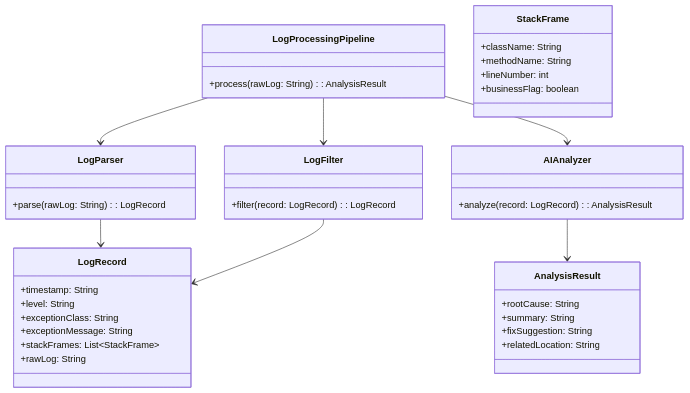
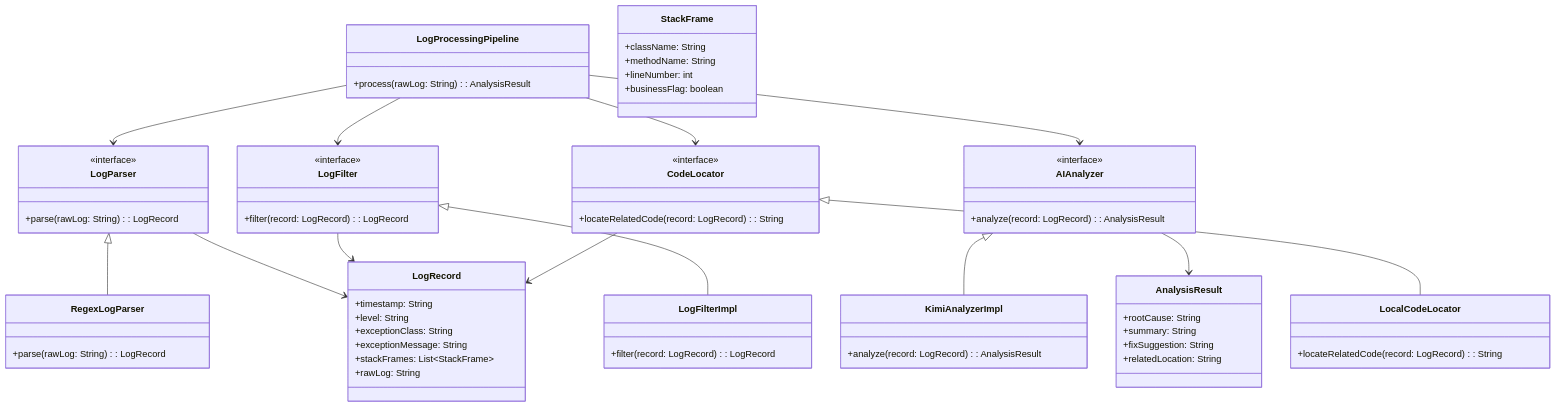
The diagram in README.md (lllkkkai/LikaiAgent), drawn with Mermaid before and after one commit. The commit also changed other lines of this file and 1 other file, not shown here.

````diff
--- a/README.md
+++ b/README.md
@@ -64,43 +64,70 @@
 ```mermaid
 classDiagram
     class LogParser {
+        <<interface>>
         +parse(rawLog: String): LogRecord
     }
     class LogFilter {
+        <<interface>>
         +filter(record: LogRecord): LogRecord
     }
     class AIAnalyzer {
+        <<interface>>
         +analyze(record: LogRecord): AnalysisResult
+    }
+    class CodeLocator {
+        <<interface>>
+        +locateRelatedCode(record: LogRecord): String
     }
     class LogProcessingPipeline {
         +process(rawLog: String): AnalysisResult
+    }
+
+    class RegexLogParser {
+        +parse(rawLog: String): LogRecord
+    }
+    class LogFilterImpl {
+        +filter(record: LogRecord): LogRecord
+    }
+    class KimiAnalyzerImpl {
+        +analyze(record: LogRecord): AnalysisResult
+    }
+    class LocalCodeLocator {
+        +locateRelatedCode(record: LogRecord): String
     }
 
     class LogRecord {
         +timestamp: String
         +level: String
         +exceptionClass: String
         +exceptionMessage: String
         +stackFrames: List~StackFrame~
         +rawLog: String
     }
     class StackFrame {
         +className: String
         +methodName: String
         +lineNumber: int
         +businessFlag: boolean
     }
     class AnalysisResult {
         +rootCause: String
         +summary: String
         +fixSuggestion: String
         +relatedLocation: String
     }
 
+    LogParser <|-- RegexLogParser
+    LogFilter <|-- LogFilterImpl
+    AIAnalyzer <|-- KimiAnalyzerImpl
+    CodeLocator <|-- LocalCodeLocator
+
     LogParser --> LogRecord
     LogFilter --> LogRecord
     AIAnalyzer --> AnalysisResult
+    CodeLocator --> LogRecord
     LogProcessingPipeline --> LogParser
     LogProcessingPipeline --> LogFilter
     LogProcessingPipeline --> AIAnalyzer
+    LogProcessingPipeline --> CodeLocator
 ```
````
